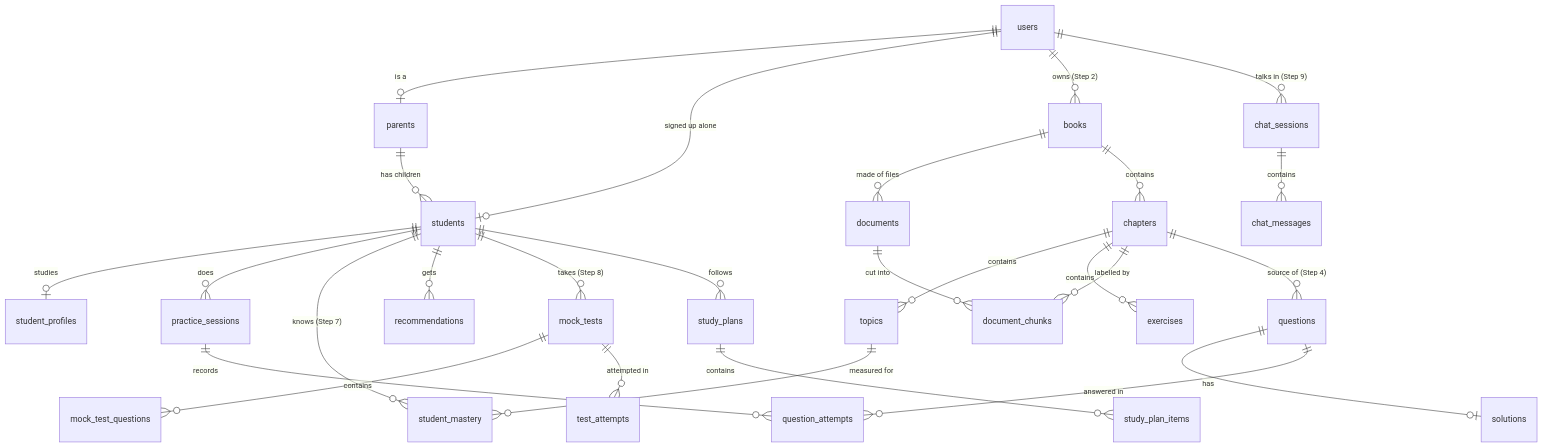
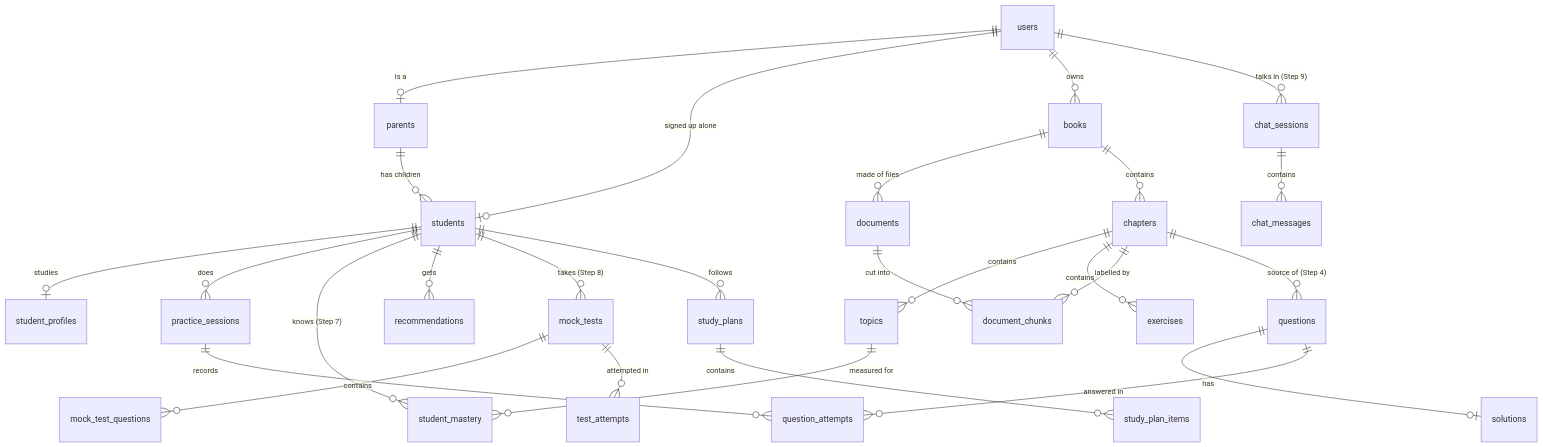
One commit to urstrulynishkarsh/eduguide-ai changed the diagram in docs/02-database-schema.md. Above: the diagram before and after it, drawn with Mermaid. The commit also changed other lines of this file and 53 other files, not shown here.

````diff
--- a/docs/02-database-schema.md
+++ b/docs/02-database-schema.md
@@ -75,34 +137,34 @@
 ```mermaid
 erDiagram
     users ||--o| parents : "is a"
     users ||--o| students : "signed up alone"
     parents ||--o{ students : "has children"
     students ||--o| student_profiles : "studies"
 
-    users ||--o{ books : "owns (Step 2)"
+    users ||--o{ books : owns
     books ||--o{ documents : "made of files"
     books ||--o{ chapters : contains
     chapters ||--o{ topics : contains
     chapters ||--o{ exercises : contains
     documents ||--o{ document_chunks : "cut into"
     chapters ||--o{ document_chunks : "labelled by"
 
     chapters ||--o{ questions : "source of (Step 4)"
     questions ||--o| solutions : has
     students ||--o{ practice_sessions : does
     practice_sessions ||--o{ question_attempts : records
     questions ||--o{ question_attempts : "answered in"
 
     students ||--o{ student_mastery : "knows (Step 7)"
     topics ||--o{ student_mastery : "measured for"
     students ||--o{ recommendations : gets
 
     students ||--o{ mock_tests : "takes (Step 8)"
     mock_tests ||--o{ mock_test_questions : contains
     mock_tests ||--o{ test_attempts : "attempted in"
     students ||--o{ study_plans : follows
     study_plans ||--o{ study_plan_items : contains
 
     users ||--o{ chat_sessions : "talks in (Step 9)"
     chat_sessions ||--o{ chat_messages : contains
 ```
````
